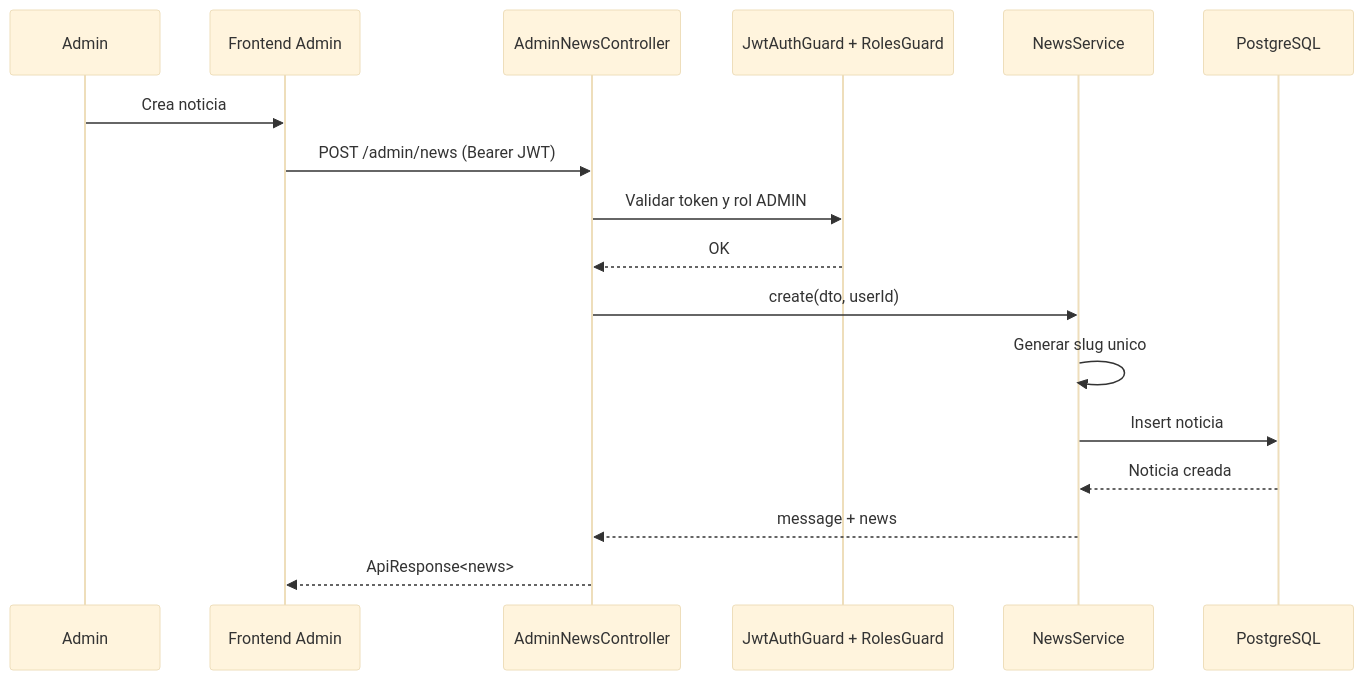
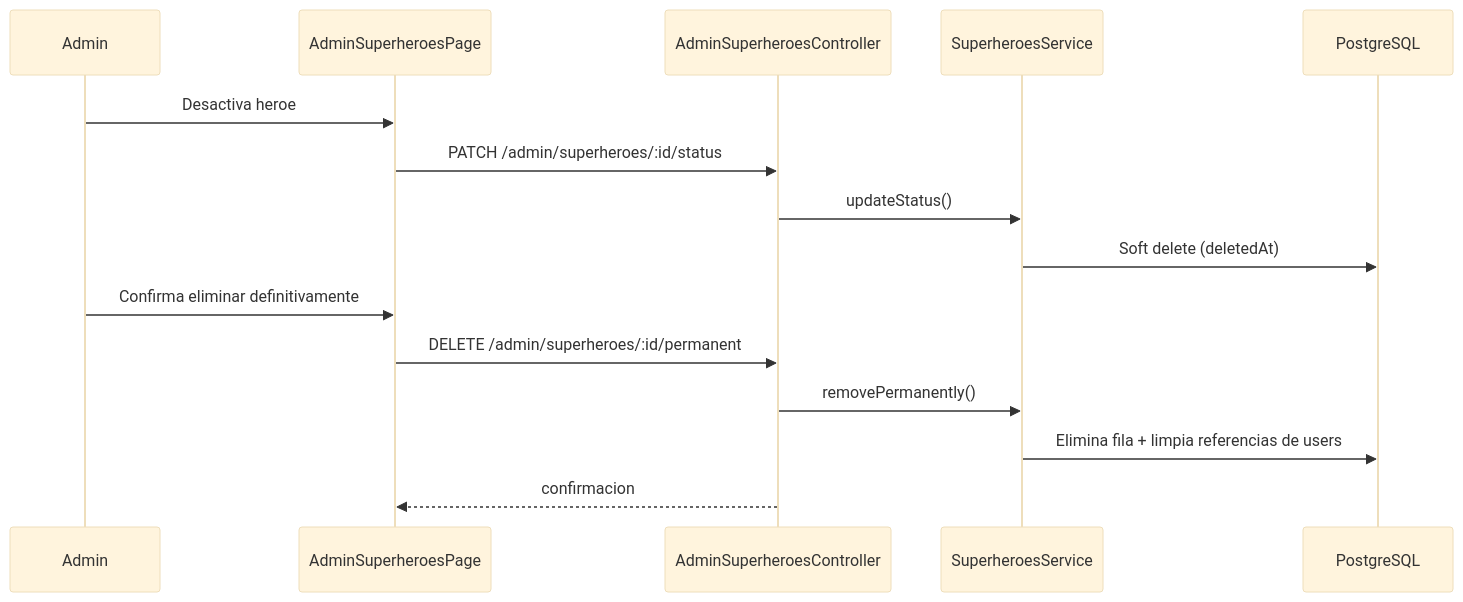
Before and after one commit to RoockDev/proyecto-proclade: the fifth of 5 diagrams in docs/02-architecture/02.4-runtime-flows.md, drawn with Mermaid (base theme). The commit also changed other lines of this file and 37 other files, not shown here.

````diff
--- a/docs/02-architecture/02.4-runtime-flows.md
+++ b/docs/02-architecture/02.4-runtime-flows.md
@@ -61,20 +81,19 @@
 ```mermaid
 sequenceDiagram
   participant A as Admin
-  participant FE as Frontend Admin
-  participant API as AdminNewsController
-  participant AUTH as JwtAuthGuard + RolesGuard
-  participant SVC as NewsService
+  participant FE as AdminSuperheroesPage
+  participant API as AdminSuperheroesController
+  participant SVC as SuperheroesService
   participant DB as PostgreSQL
 
-  A->>FE: Crea noticia
-  FE->>API: POST /admin/news (Bearer JWT)
-  API->>AUTH: Validar token y rol ADMIN
-  AUTH-->>API: OK
-  API->>SVC: create(dto, userId)
-  SVC->>SVC: Generar slug unico
-  SVC->>DB: Insert noticia
-  DB-->>SVC: Noticia creada
-  SVC-->>API: message + news
-  API-->>FE: ApiResponse<news>
+  A->>FE: Desactiva heroe
+  FE->>API: PATCH /admin/superheroes/:id/status
+  API->>SVC: updateStatus()
+  SVC->>DB: Soft delete (deletedAt)
+
+  A->>FE: Confirma eliminar definitivamente
+  FE->>API: DELETE /admin/superheroes/:id/permanent
+  API->>SVC: removePermanently()
+  SVC->>DB: Elimina fila + limpia referencias de users
+  API-->>FE: confirmacion
 ```
````
